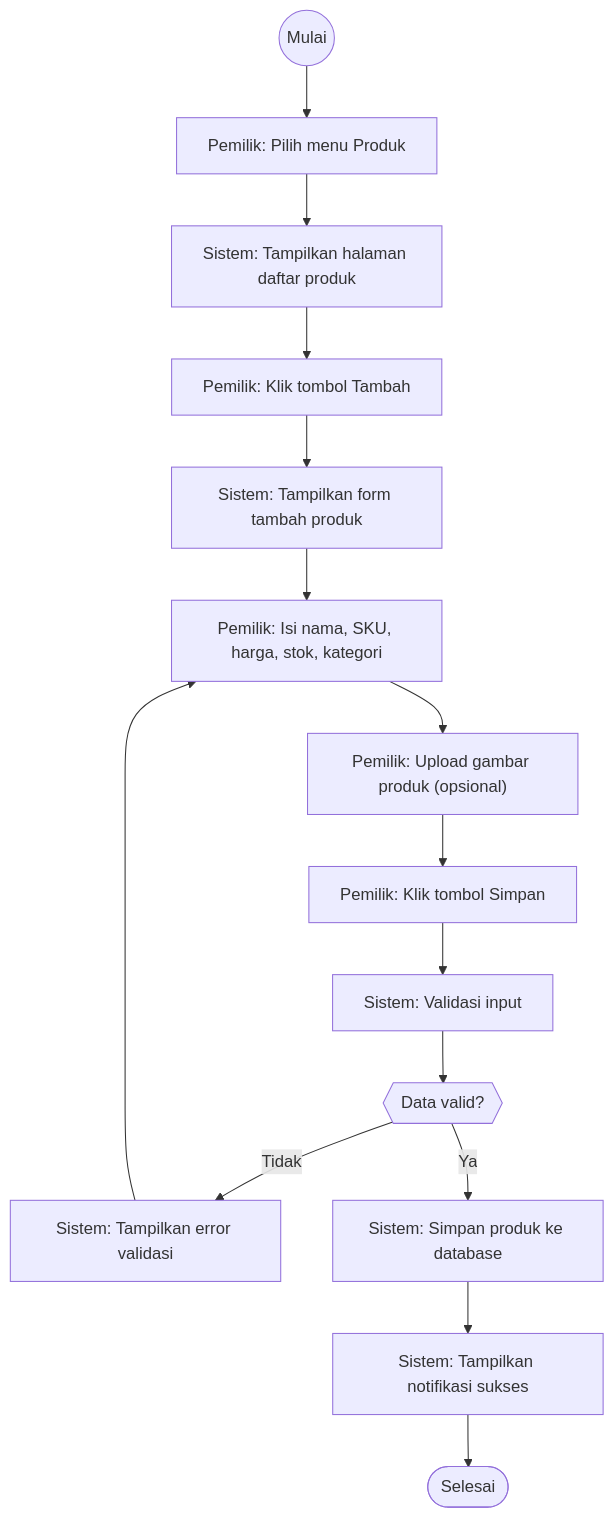
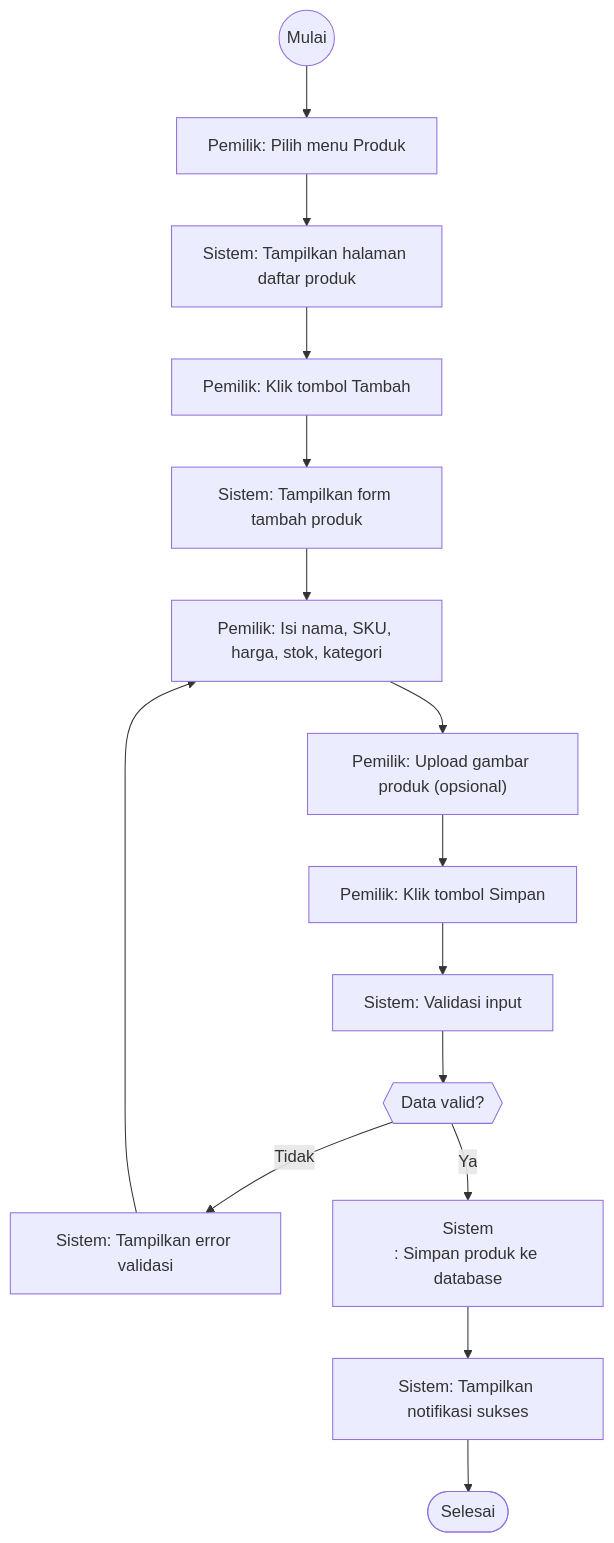
Diagram 28 of 40 in docs/4.2-perancangan-sistem.md (devWebs01/POS-DW), drawn with Mermaid before and after one commit. The commit also changed other lines of this file, not shown here.

````diff
--- a/docs/4.2-perancangan-sistem.md
+++ b/docs/4.2-perancangan-sistem.md
@@ -1669,27 +1812,28 @@
 ```mermaid
 flowchart TD
   start((Mulai))
   A_A["Pemilik: Pilih menu Produk"]
   start --> A_A
   S_A["Sistem: Tampilkan halaman daftar produk"]
   A_A --> S_A
   A_B["Pemilik: Klik tombol Tambah"]
   S_A --> A_B
   S_B["Sistem: Tampilkan form tambah produk"]
   A_B --> S_B
   A_C["Pemilik: Isi nama, SKU, harga, stok, kategori"]
   S_B --> A_C
   A_D["Pemilik: Upload gambar produk (opsional)"]
   A_C --> A_D
   A_E["Pemilik: Klik tombol Simpan"]
   A_D --> A_E
   S_C["Sistem: Validasi input"]
   A_E --> S_C
   D_A{{"Data valid?"}}
   S_C --> D_A
   D_A -->|Tidak| E_A["Sistem: Tampilkan error validasi"]
   E_A --> A_C
-  D_A -->|Ya| S_D["Sistem: Simpan produk ke database"]
+  D_A -->|Ya| S_D["Sistem
+: Simpan produk ke database"]
   S_D --> S_E["Sistem: Tampilkan notifikasi sukses"]
   S_E --> end_success([Selesai])
 ```
````
